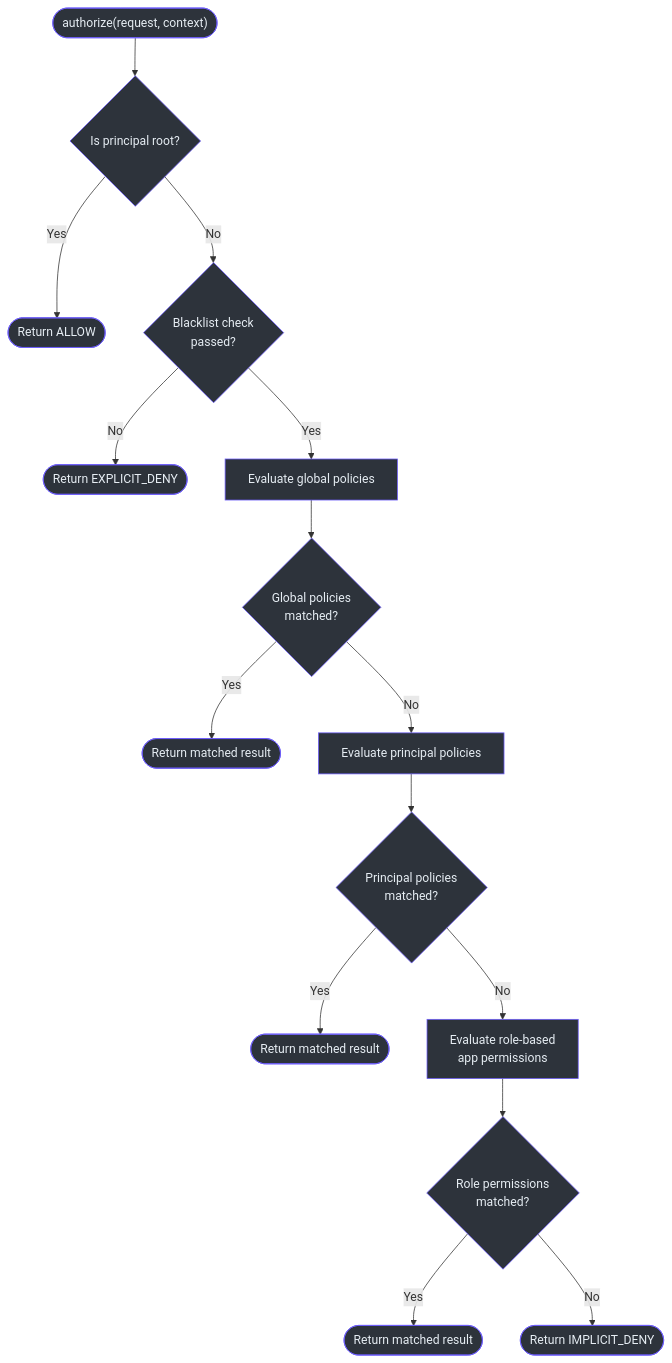
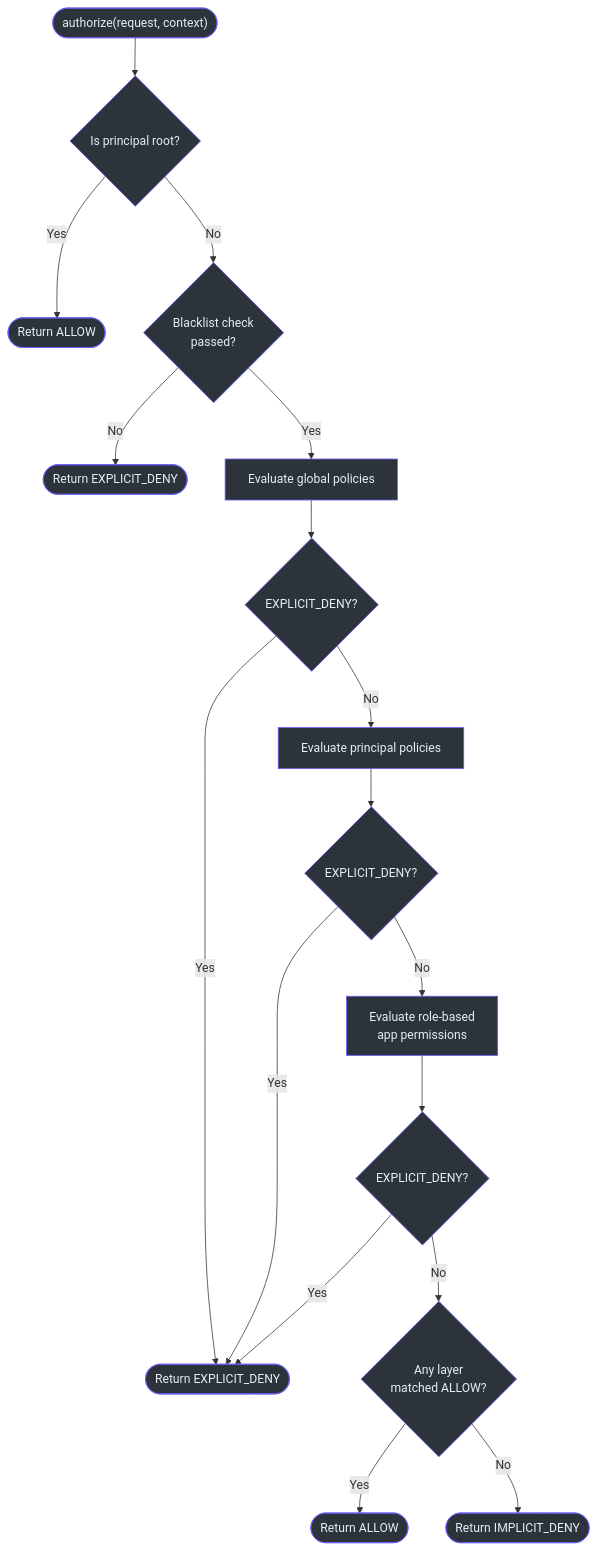
One commit to Ahoo-Wang/CoSec changed the third of 3 diagrams in wiki/deep-dive/architecture/security-model.md. Above: the diagram before and after it, drawn with Mermaid. The commit also changed other lines of this file and 6 other files, not shown here.

First line of the commit message:
fix(authorization): let an explicit deny in any layer override allows from other layers

````diff
--- a/wiki/deep-dive/architecture/security-model.md
+++ b/wiki/deep-dive/architecture/security-model.md
@@ -155,34 +155,36 @@
 ```mermaid
 flowchart TD
     START(["authorize(request, context)"]) --> ROOT{"Is principal root?"}
     ROOT -->|Yes| ALLOW_ROOT(["Return ALLOW"])
     ROOT -->|No| BLACKLIST{"Blacklist check<br>passed?"}
     BLACKLIST -->|No| DENY_BLACKLIST(["Return EXPLICIT_DENY"])
     BLACKLIST -->|Yes| GLOBAL["Evaluate global policies"]
-    GLOBAL --> GLOBAL_MATCH{"Global policies<br>matched?"}
-    GLOBAL_MATCH -->|Yes| GLOBAL_RESULT(["Return matched result"])
-    GLOBAL_MATCH -->|No| PRINCIPAL["Evaluate principal policies"]
-    PRINCIPAL --> PRINCIPAL_MATCH{"Principal policies<br>matched?"}
-    PRINCIPAL_MATCH -->|Yes| PRINCIPAL_RESULT(["Return matched result"])
-    PRINCIPAL_MATCH -->|No| ROLE["Evaluate role-based<br>app permissions"]
-    ROLE --> ROLE_MATCH{"Role permissions<br>matched?"}
-    ROLE_MATCH -->|Yes| ROLE_RESULT(["Return matched result"])
-    ROLE_MATCH -->|No| IMPLICIT(["Return IMPLICIT_DENY"])
+    GLOBAL --> GLOBAL_DENY{"EXPLICIT_DENY?"}
+    GLOBAL_DENY -->|Yes| DENY_RESULT(["Return EXPLICIT_DENY"])
+    GLOBAL_DENY -->|No| PRINCIPAL["Evaluate principal policies"]
+    PRINCIPAL --> PRINCIPAL_DENY{"EXPLICIT_DENY?"}
+    PRINCIPAL_DENY -->|Yes| DENY_RESULT
+    PRINCIPAL_DENY -->|No| ROLE["Evaluate role-based<br>app permissions"]
+    ROLE --> ROLE_DENY{"EXPLICIT_DENY?"}
+    ROLE_DENY -->|Yes| DENY_RESULT
+    ROLE_DENY -->|No| ANY_ALLOW{"Any layer<br>matched ALLOW?"}
+    ANY_ALLOW -->|Yes| ALLOW_RESULT(["Return ALLOW"])
+    ANY_ALLOW -->|No| IMPLICIT(["Return IMPLICIT_DENY"])
 
     style START fill:#2d333b,stroke:#6d5dfc,color:#e6edf3
     style ROOT fill:#2d333b,stroke:#6d5dfc,color:#e6edf3
     style ALLOW_ROOT fill:#2d333b,stroke:#6d5dfc,color:#e6edf3
     style BLACKLIST fill:#2d333b,stroke:#6d5dfc,color:#e6edf3
     style DENY_BLACKLIST fill:#2d333b,stroke:#6d5dfc,color:#e6edf3
     style GLOBAL fill:#2d333b,stroke:#6d5dfc,color:#e6edf3
-    style GLOBAL_MATCH fill:#2d333b,stroke:#6d5dfc,color:#e6edf3
-    style GLOBAL_RESULT fill:#2d333b,stroke:#6d5dfc,color:#e6edf3
     style PRINCIPAL fill:#2d333b,stroke:#6d5dfc,color:#e6edf3
-    style PRINCIPAL_MATCH fill:#2d333b,stroke:#6d5dfc,color:#e6edf3
-    style PRINCIPAL_RESULT fill:#2d333b,stroke:#6d5dfc,color:#e6edf3
     style ROLE fill:#2d333b,stroke:#6d5dfc,color:#e6edf3
-    style ROLE_MATCH fill:#2d333b,stroke:#6d5dfc,color:#e6edf3
-    style ROLE_RESULT fill:#2d333b,stroke:#6d5dfc,color:#e6edf3
+    style GLOBAL_DENY fill:#2d333b,stroke:#6d5dfc,color:#e6edf3
+    style PRINCIPAL_DENY fill:#2d333b,stroke:#6d5dfc,color:#e6edf3
+    style ROLE_DENY fill:#2d333b,stroke:#6d5dfc,color:#e6edf3
+    style DENY_RESULT fill:#2d333b,stroke:#6d5dfc,color:#e6edf3
+    style ANY_ALLOW fill:#2d333b,stroke:#6d5dfc,color:#e6edf3
+    style ALLOW_RESULT fill:#2d333b,stroke:#6d5dfc,color:#e6edf3
     style IMPLICIT fill:#2d333b,stroke:#6d5dfc,color:#e6edf3
 
 ```
````
